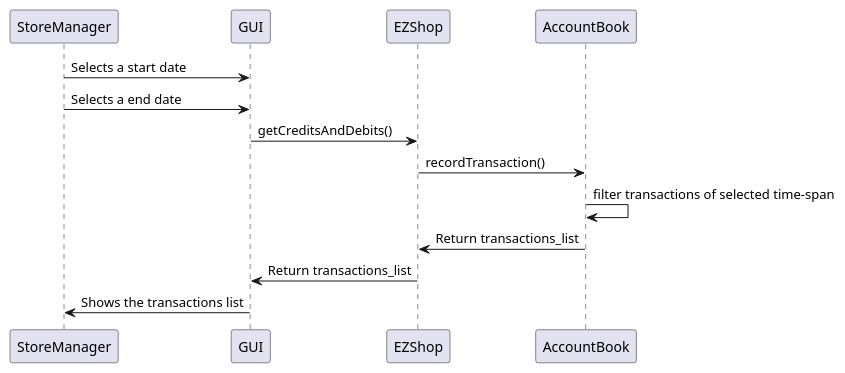
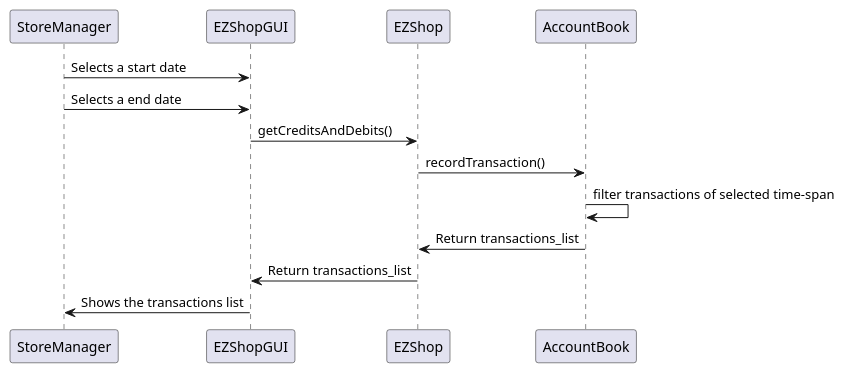
Before and after one commit to polito-se2-21-r03/se1-ezshop: the seventh of 8 diagrams in Deliverables/DesignDocument.md, drawn with PlantUML. The commit also changed other lines of this file, not shown here.

Commit message:
sequence diagram 10.1 update 2

````diff
--- a/Deliverables/DesignDocument.md
+++ b/Deliverables/DesignDocument.md
@@ -420,12 +420,12 @@
 ```plantuml
 
-StoreManager -> GUI: Selects a start date
-StoreManager -> GUI: Selects a end date
-GUI -> EZShop: getCreditsAndDebits()
+StoreManager -> EZShopGUI: Selects a start date
+StoreManager -> EZShopGUI: Selects a end date
+EZShopGUI -> EZShop: getCreditsAndDebits()
 EZShop -> AccountBook: recordTransaction()
 AccountBook -> AccountBook: filter transactions of selected time-span
 AccountBook -> EZShop: Return transactions_list
-EZShop -> GUI: Return transactions_list
-GUI -> StoreManager: Shows the transactions list
+EZShop -> EZShopGUI: Return transactions_list
+EZShopGUI -> StoreManager: Shows the transactions list
 
 ```
````
